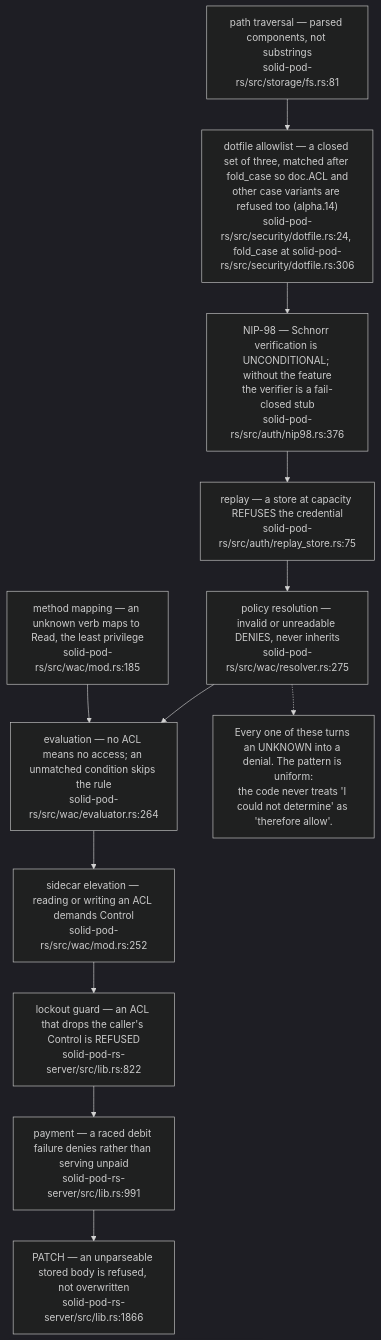
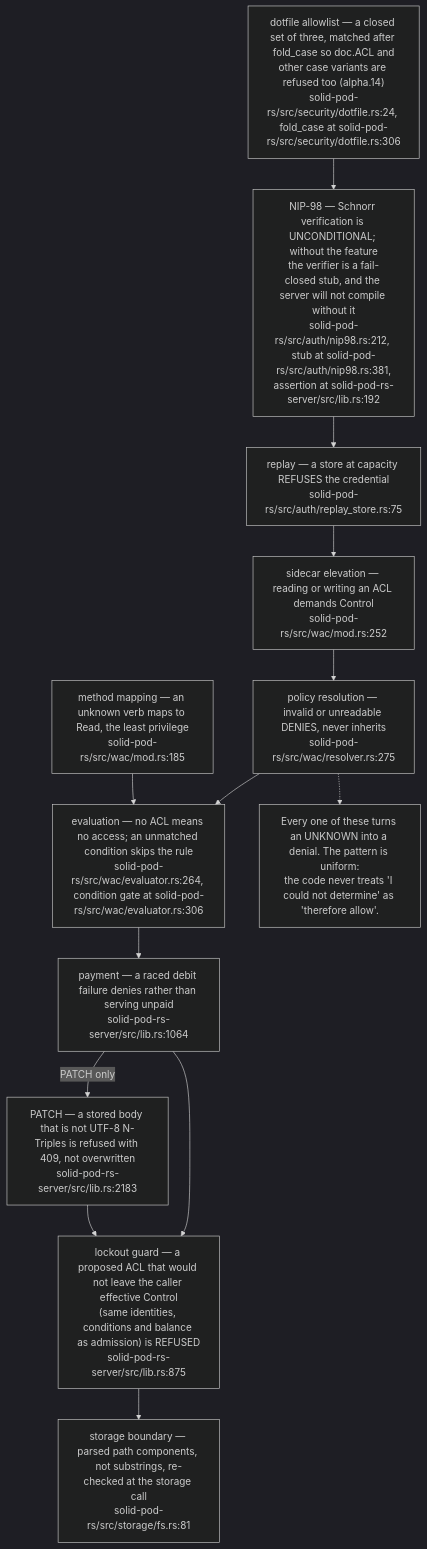
Before and after one commit to DreamLab-AI/VisionFlow: the second of 12 diagrams in docs/diagrams/solid-pod-rs/10-failure-modes-and-invariants.md, drawn with Mermaid (dark theme). The commit also changed other lines of this file and 47 other files, not shown here.

````diff
--- a/docs/diagrams/solid-pod-rs/10-failure-modes-and-invariants.md
+++ b/docs/diagrams/solid-pod-rs/10-failure-modes-and-invariants.md
@@ -73,20 +83,21 @@
 ```mermaid
 flowchart TD
-    A["path traversal — parsed components, not substrings<br/>solid-pod-rs/src/storage/fs.rs:81"]
+    A["storage boundary — parsed path components, not substrings, re-checked at the storage call<br/>solid-pod-rs/src/storage/fs.rs:81"]
     B["dotfile allowlist — a closed set of three, matched after fold_case so doc.ACL and<br/>other case variants are refused too (alpha.14)<br/>solid-pod-rs/src/security/dotfile.rs:24, fold_case at solid-pod-rs/src/security/dotfile.rs:306"]
-    C["NIP-98 — Schnorr verification is UNCONDITIONAL; without the feature<br/>the verifier is a fail-closed stub<br/>solid-pod-rs/src/auth/nip98.rs:376"]
+    C["NIP-98 — Schnorr verification is UNCONDITIONAL; without the feature<br/>the verifier is a fail-closed stub, and the server will not compile without it<br/>solid-pod-rs/src/auth/nip98.rs:212, stub at solid-pod-rs/src/auth/nip98.rs:381,<br/>assertion at solid-pod-rs-server/src/lib.rs:192"]
     D["replay — a store at capacity REFUSES the credential<br/>solid-pod-rs/src/auth/replay_store.rs:75"]
     E["policy resolution — invalid or unreadable DENIES, never inherits<br/>solid-pod-rs/src/wac/resolver.rs:275"]
-    F["evaluation — no ACL means no access; an unmatched condition skips the rule<br/>solid-pod-rs/src/wac/evaluator.rs:264"]
+    F["evaluation — no ACL means no access; an unmatched condition skips the rule<br/>solid-pod-rs/src/wac/evaluator.rs:264, condition gate at solid-pod-rs/src/wac/evaluator.rs:306"]
     G["sidecar elevation — reading or writing an ACL demands Control<br/>solid-pod-rs/src/wac/mod.rs:252"]
-    H["lockout guard — an ACL that drops the caller's Control is REFUSED<br/>solid-pod-rs-server/src/lib.rs:822"]
-    I["payment — a raced debit failure denies rather than serving unpaid<br/>solid-pod-rs-server/src/lib.rs:991"]
-    J["PATCH — an unparseable stored body is refused, not overwritten<br/>solid-pod-rs-server/src/lib.rs:1866"]
+    H["lockout guard — a proposed ACL that would not leave the caller effective Control<br/>(same identities, conditions and balance as admission) is REFUSED<br/>solid-pod-rs-server/src/lib.rs:875"]
+    I["payment — a raced debit failure denies rather than serving unpaid<br/>solid-pod-rs-server/src/lib.rs:1064"]
+    J["PATCH — a stored body that is not UTF-8 N-Triples is refused with 409, not overwritten<br/>solid-pod-rs-server/src/lib.rs:2183"]
     K["method mapping — an unknown verb maps to Read, the least privilege<br/>solid-pod-rs/src/wac/mod.rs:185"]
 
-    A --> B --> C --> D --> E --> F --> G --> H --> I --> J
+    B --> C --> D --> G --> E --> F --> I --> H --> A
+    I -->|PATCH only| J --> H
     K --> F
 
     N["Every one of these turns an UNKNOWN into a denial. The pattern is uniform:<br/>the code never treats 'I could not determine' as 'therefore allow'."]
     E -.-> N
 ```
````
